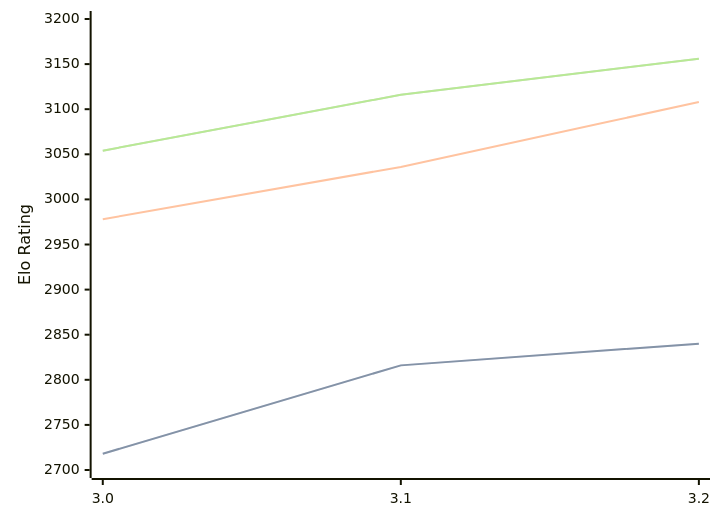
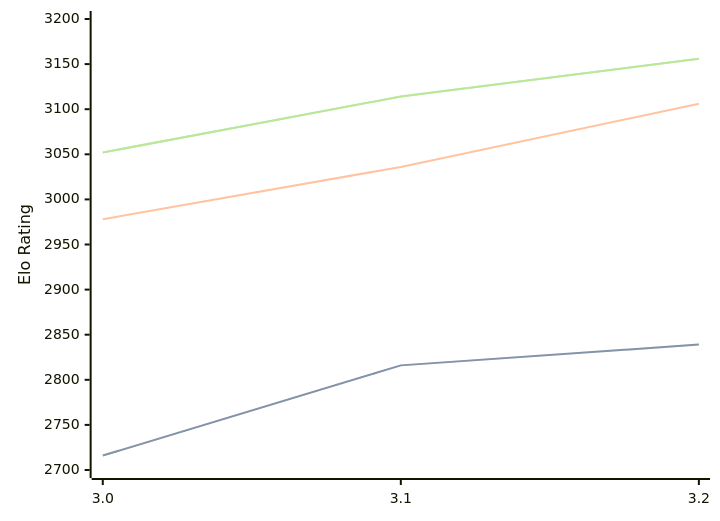
One commit to computer-chess-index/cci changed the first of 3 diagrams in engines/Vajolet2.md. Above: the diagram before and after it, drawn with Mermaid. The commit also changed other lines of this file, not shown here.

Commit message:
Update CCI Ratings (ELO VLTC) - 2026-06-20

````diff
--- a/engines/Vajolet2.md
+++ b/engines/Vajolet2.md
@@ -41,11 +41,11 @@
 ```mermaid
 %%{init: {"theme":"base","themeVariables":{"seriesColors:['#a3a3a3','#222221','#faa371']}}}%%
 xychart-beta
   x-axis ["3.0", "3.1", "3.2"]
   y-axis "Elo Rating" 2700 --> 3200
-  line "STC (8.0+0.08s)" [2718, 2816, 2840]
-  line "STC (8.0+0.08s)" [2718, 2816, 2840]
-  line "LTC (60.0+0.60s)" [2978, 3036, 3108]
-  line "VLTC (2m24s+1.12s)" [3054, 3116, 3156]
-  line "VLTC (2m24s+1.12s)" [3054, 3116, 3156]
+  line "STC (8.0+0.08s)" [2716, 2816, 2839]
+  line "STC (8.0+0.08s)" [2716, 2816, 2839]
+  line "LTC (60.0+0.60s)" [2978, 3036, 3106]
+  line "VLTC (2m24s+1.12s)" [3052, 3114, 3156]
+  line "VLTC (2m24s+1.12s)" [3052, 3114, 3156]
 ```
````
